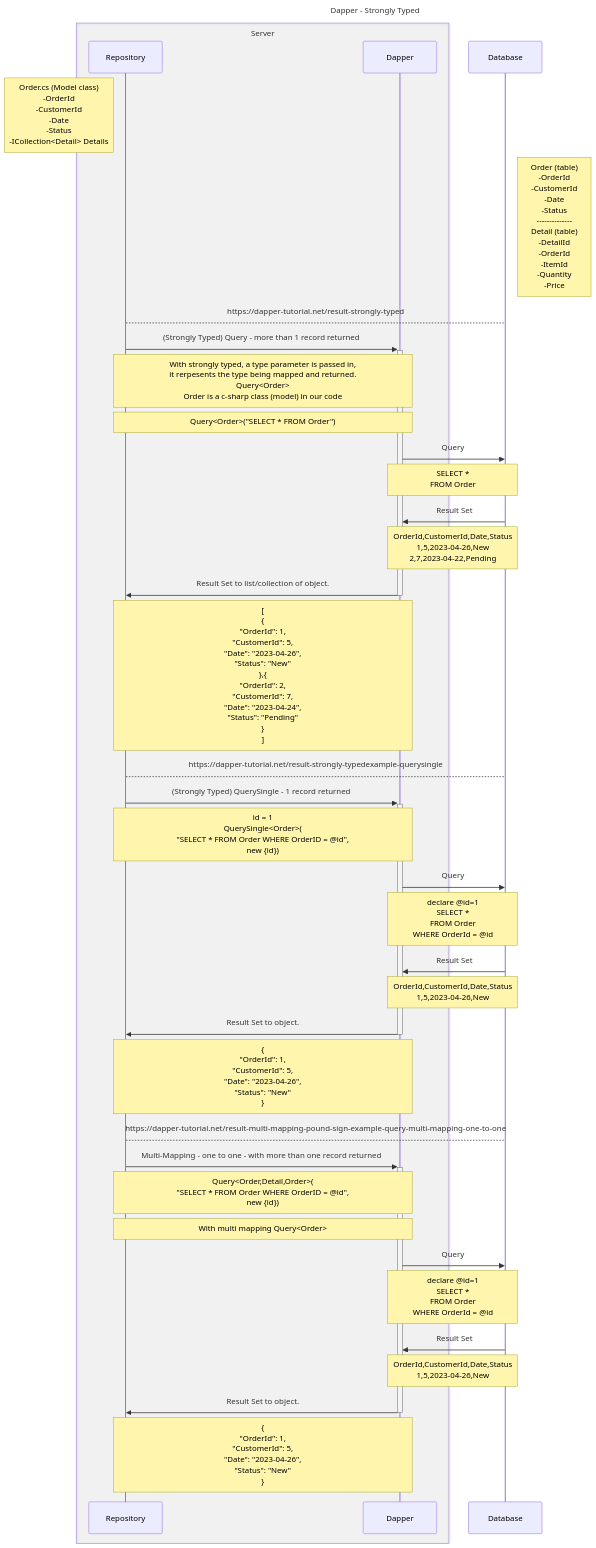
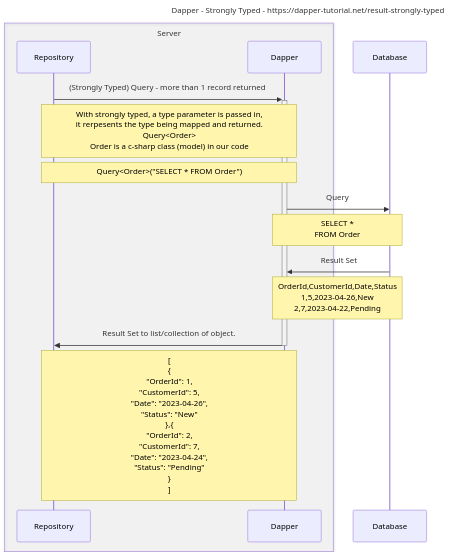
Before and after one commit to pauljeanquart/mermaid: the third of 5 diagrams in dapper.md, drawn with Mermaid.

````diff
--- a/dapper.md
+++ b/dapper.md
@@ -53,47 +53,23 @@
 ```mermaid
 ---
-title: Dapper - Strongly Typed
+title: Dapper - Strongly Typed - https://dapper-tutorial.net/result-strongly-typed
 ---
 sequenceDiagram
 
 box rgba(60,60,60,.05) Server 
     participant Repository
     participant Dapper
 end
 participant Database
-Note left of Repository: Order.cs (Model class)<br>-OrderId<br>-CustomerId<br>-Date<br>-Status<br>-ICollection<Detail> Details
-Note right of Database: Order (table)<br>-OrderId<br>-CustomerId<br>-Date<br>-Status<br>--------------<br>Detail (table)<br>-DetailId<br>-OrderId<br>-ItemId<br>-Quantity<br>-Price
     #dividing line
-    Repository-->Database: https://dapper-tutorial.net/result-strongly-typed#example-query
     Repository->>+Dapper: (Strongly Typed) Query - more than 1 record returned
         Note over Repository,Dapper: With strongly typed, a type parameter is passed in,<br> it rerpesents the type being mapped and returned.<br> Query<Order><br>Order is a c-sharp class (model) in our code
         Note over Repository,Dapper: Query<Order>("SELECT * FROM Order")
         Dapper->>Database: Query
           Note over Dapper,Database: SELECT *<br>FROM Order
         Database->>Dapper: Result Set
           Note over Dapper,Database: OrderId,CustomerId,Date,Status<br>1,5,2023-04-26,New<br>2,7,2023-04-22,Pending
     Dapper->>-Repository: Result Set to list/collection of object.
       Note over Dapper,Repository: [<br> {<br>"OrderId": 1,<br>"CustomerId": 5,<br>"Date": "2023-04-26",<br>"Status": "New"<br>},{<br>"OrderId": 2,<br>"CustomerId": 7,<br>"Date": "2023-04-24",<br>"Status": "Pending"<br>}<br>]
-    #dividing line
-    Repository-->Database: https://dapper-tutorial.net/result-strongly-typedexample-querysingle
-    Repository->>+Dapper: (Strongly Typed) QuerySingle - 1 record returned
-        Note over Repository,Dapper: id = 1<br>QuerySingle<Order>(<br>"SELECT * FROM Order WHERE OrderID = @id",<br>new {id})
-        Dapper->>Database: Query
-          Note over Dapper,Database: declare @id=1<br>SELECT *<br>FROM Order<br>WHERE OrderId = @id
-        Database->>Dapper: Result Set
-          Note over Dapper,Database: OrderId,CustomerId,Date,Status<br>1,5,2023-04-26,New
-    Dapper->>-Repository: Result Set to object.
-      Note over Dapper,Repository: {<br>"OrderId": 1,<br>"CustomerId": 5,<br>"Date": "2023-04-26",<br>"Status": "New"<br>}
 
-    #dividing line
-    Repository-->Database: https://dapper-tutorial.net/result-multi-mapping-pound-sign-example-query-multi-mapping-one-to-one
-    Repository->>+Dapper: Multi-Mapping - one to one - with more than one record returned
-        Note over Repository,Dapper: Query<Order,Detail,Order>(<br>"SELECT * FROM Order WHERE OrderID = @id",<br>new {id})
-        Note over Repository,Dapper: With multi mapping Query<Order>
-        Dapper->>Database: Query
-          Note over Dapper,Database: declare @id=1<br>SELECT *<br>FROM Order<br>WHERE OrderId = @id
-        Database->>Dapper: Result Set
-          Note over Dapper,Database: OrderId,CustomerId,Date,Status<br>1,5,2023-04-26,New
-    Dapper->>-Repository: Result Set to object.
-      Note over Dapper,Repository: {<br>"OrderId": 1,<br>"CustomerId": 5,<br>"Date": "2023-04-26",<br>"Status": "New"<br>}
 ```
````
